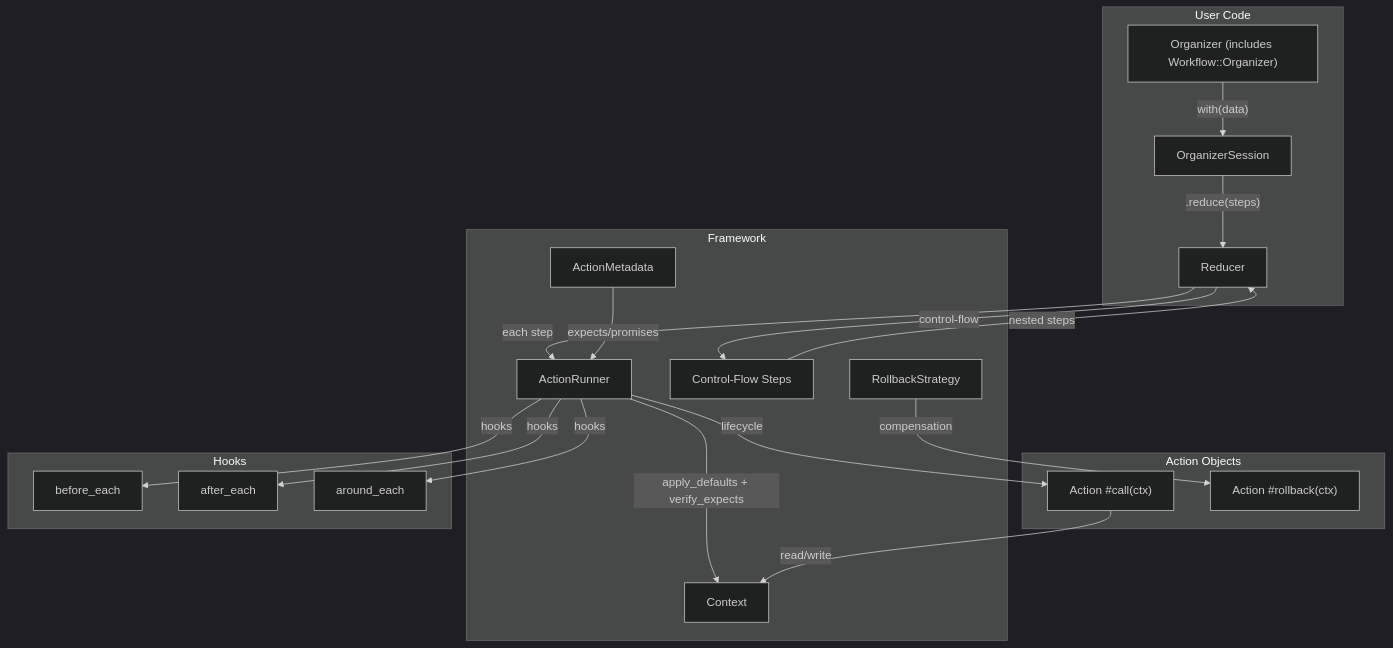
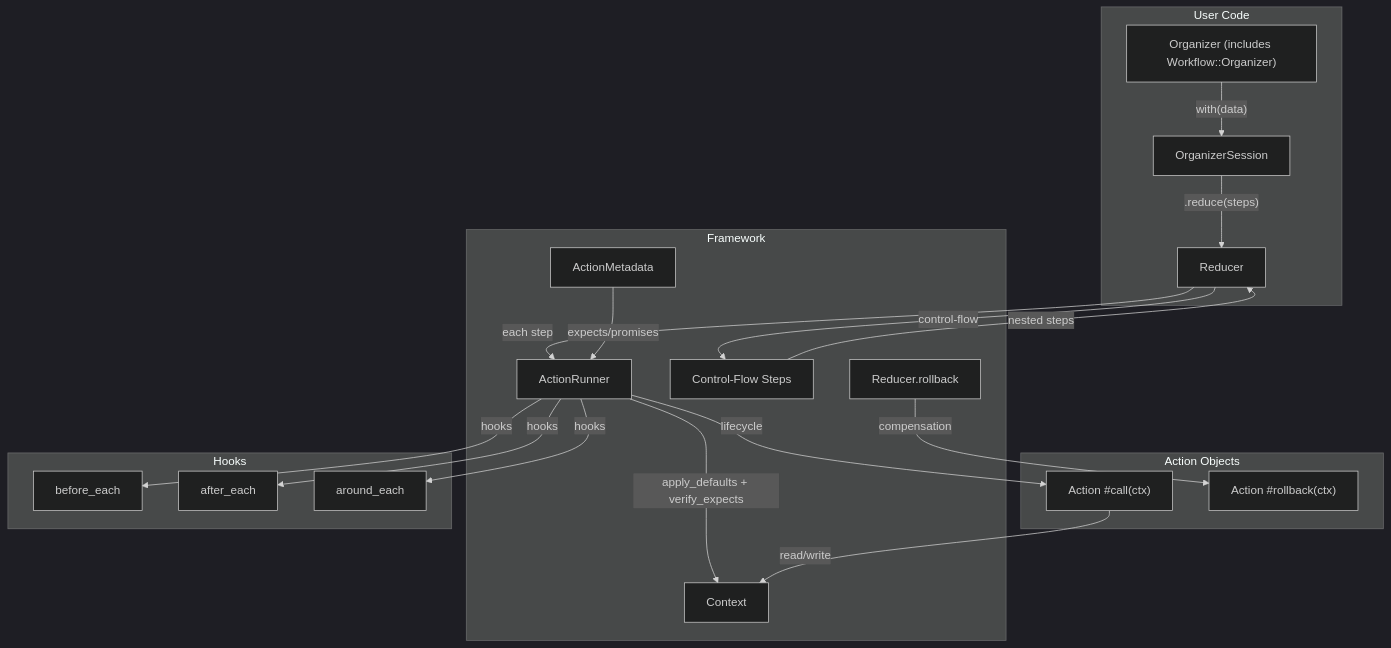
The first of 2 diagrams in docs/ARCHITECTURE.md (ljuti/actionflow), drawn with Mermaid (dark theme) before and after one commit. The commit also changed other lines of this file and 22 other files, not shown here.

First line of the commit message:
refactor: dead code removal + hook propagation into control-flow steps

````diff
--- a/docs/ARCHITECTURE.md
+++ b/docs/ARCHITECTURE.md
@@ -66,41 +66,41 @@
 ```mermaid
 flowchart TD
     subgraph User["User Code"]
         ORG["Organizer (includes Workflow::Organizer)"]
         SES["OrganizerSession"]
         RED["Reducer"]
     end
 
     subgraph Framework["Framework"]
         AR["ActionRunner"]
         CTX["Context"]
         META["ActionMetadata"]
         CF["Control-Flow Steps"]
-        ROLL["RollbackStrategy"]
+        ROLL["Reducer.rollback"]
     end
 
     subgraph Actions["Action Objects"]
         A1["Action #call(ctx)"]
         A2["Action #rollback(ctx)"]
     end
 
     subgraph Hooks["Hooks"]
         BH["before_each"]
         AH["after_each"]
         RH["around_each"]
     end
 
     ORG -->|"with(data)"| SES
     SES -->|".reduce(steps)"| RED
     RED -->|"each step"| AR
     RED -->|"control-flow"| CF
     CF -->|"nested steps"| RED
     AR -->|"apply_defaults + verify_expects"| CTX
     AR -->|"hooks"| BH
     AR -->|"hooks"| AH
     AR -->|"hooks"| RH
     AR -->|"lifecycle"| A1
     A1 -->|"read/write"| CTX
     ROLL -->|"compensation"| A2
     META -->|"expects/promises"| AR
 ```
````
